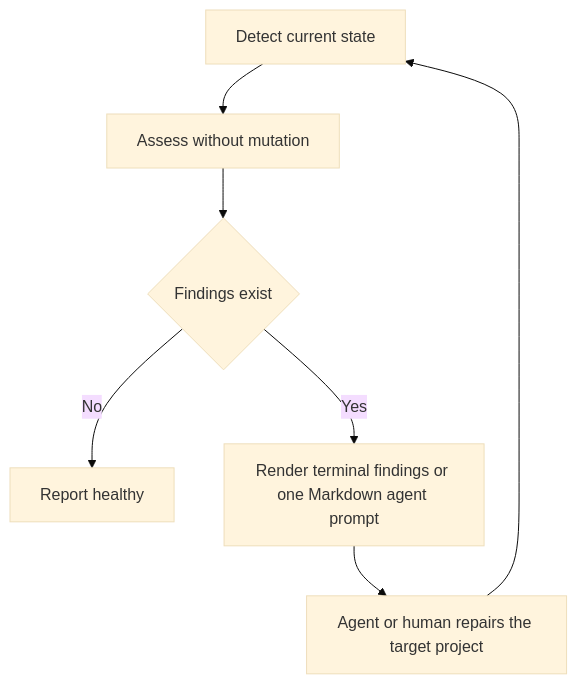
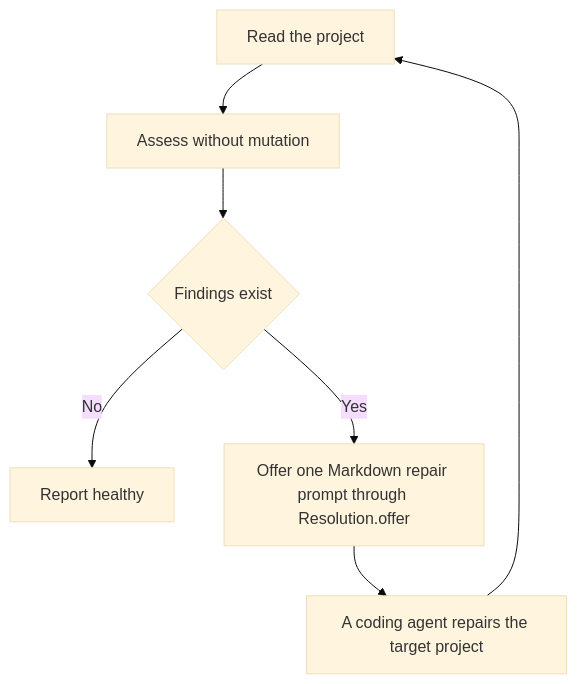
The diagram in docs/architecture.md (adelrodriguez/adamantite), drawn with Mermaid (base theme) before and after one commit. The commit also changed other lines of this file and 434 other files, not shown here.

First line of the commit message:
Write managed files whole, record the setup in a lockfile, and hand every repair to an agent with JSON output (#889)

````diff
--- a/docs/architecture.md
+++ b/docs/architecture.md
@@ -79,9 +232,9 @@
 ```mermaid
 flowchart TD
-  A[Detect current state] --> B[Assess without mutation]
+  A[Read the project] --> B[Assess without mutation]
   B --> C{Findings exist}
   C -->|No| D[Report healthy]
-  C -->|Yes| E[Render terminal findings or one Markdown agent prompt]
-  E --> F[Agent or human repairs the target project]
+  C -->|Yes| E[Offer one Markdown repair prompt through Resolution.offer]
+  E --> F[A coding agent repairs the target project]
   F --> A
 ```
````
